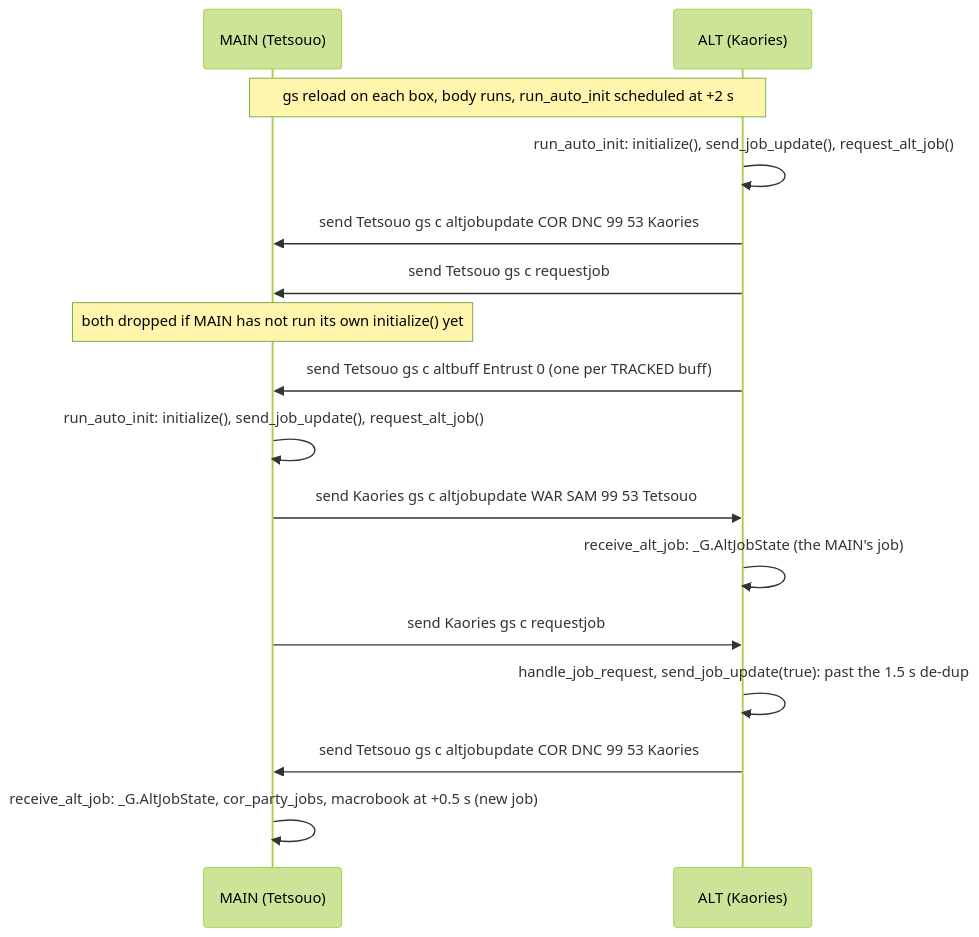
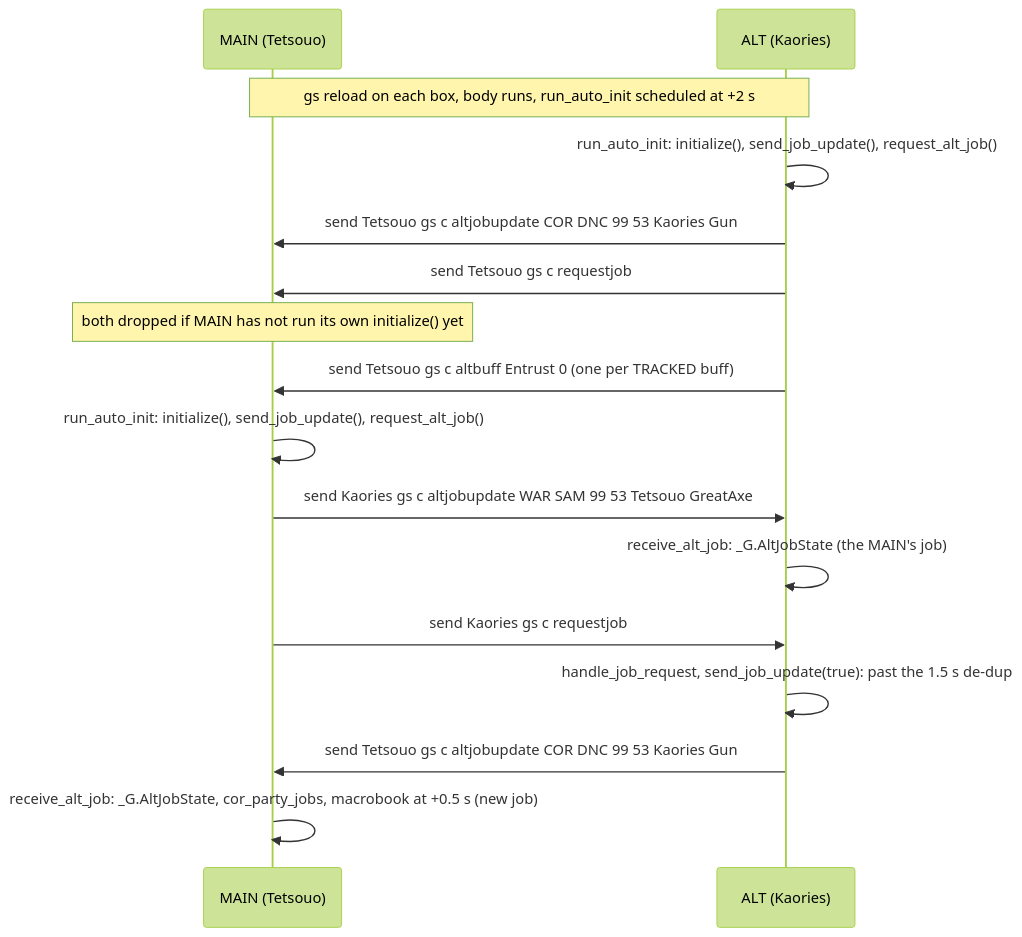
The first of 2 diagrams in docs/dev/systems/dualbox.md (ejouanchicot/Gearswap), drawn with Mermaid (forest theme) before and after one commit. The commit also changed other lines of this file and 14 other files, not shown here.

First line of the commit message:
docs(dev): re-verify systems and architecture pages against the code

````diff
--- a/docs/dev/systems/dualbox.md
+++ b/docs/dev/systems/dualbox.md
@@ -165,18 +170,18 @@
 ```mermaid
 sequenceDiagram
     participant M as MAIN (Tetsouo)
     participant A as ALT (Kaories)
     Note over M,A: gs reload on each box, body runs, run_auto_init scheduled at +2 s
     A->>A: run_auto_init: initialize(), send_job_update(), request_alt_job()
-    A->>M: send Tetsouo gs c altjobupdate COR DNC 99 53 Kaories
+    A->>M: send Tetsouo gs c altjobupdate COR DNC 99 53 Kaories Gun
     A->>M: send Tetsouo gs c requestjob
     Note over M: both dropped if MAIN has not run its own initialize() yet
     A->>M: send Tetsouo gs c altbuff Entrust 0 (one per TRACKED buff)
     M->>M: run_auto_init: initialize(), send_job_update(), request_alt_job()
-    M->>A: send Kaories gs c altjobupdate WAR SAM 99 53 Tetsouo
+    M->>A: send Kaories gs c altjobupdate WAR SAM 99 53 Tetsouo GreatAxe
     A->>A: receive_alt_job: _G.AltJobState (the MAIN's job)
     M->>A: send Kaories gs c requestjob
     A->>A: handle_job_request, send_job_update(true): past the 1.5 s de-dup
-    A->>M: send Tetsouo gs c altjobupdate COR DNC 99 53 Kaories
+    A->>M: send Tetsouo gs c altjobupdate COR DNC 99 53 Kaories Gun
     M->>M: receive_alt_job: _G.AltJobState, cor_party_jobs, macrobook at +0.5 s (new job)
 ```
````
